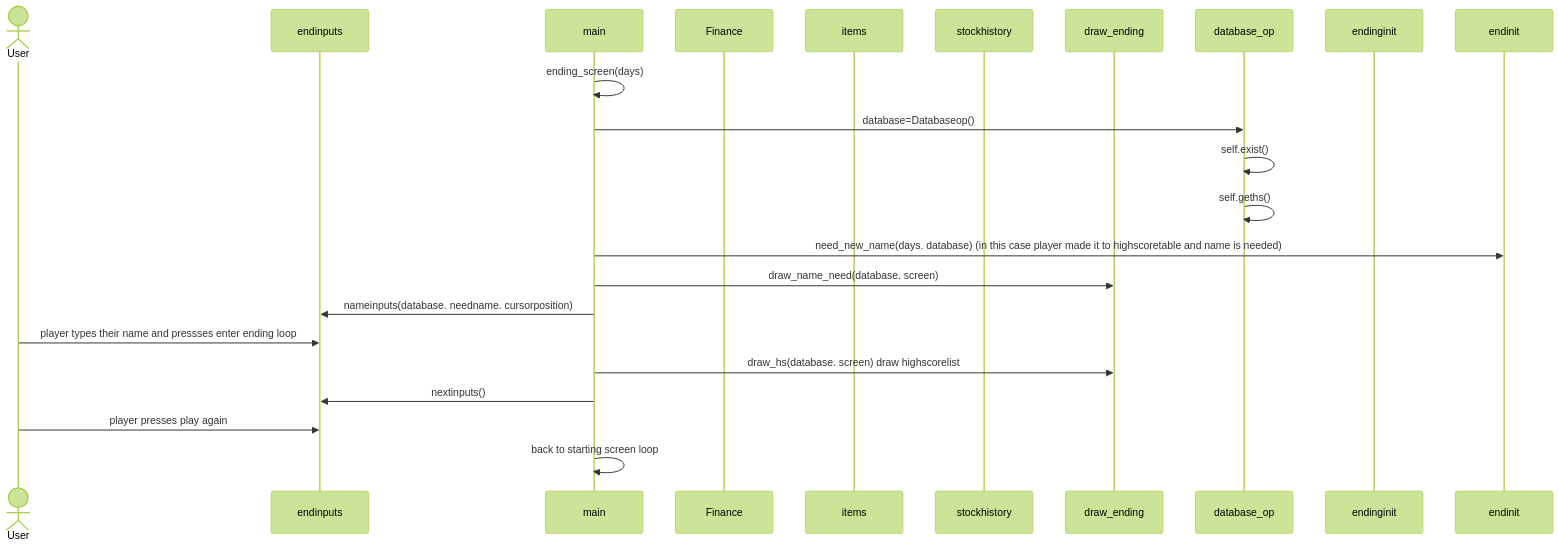
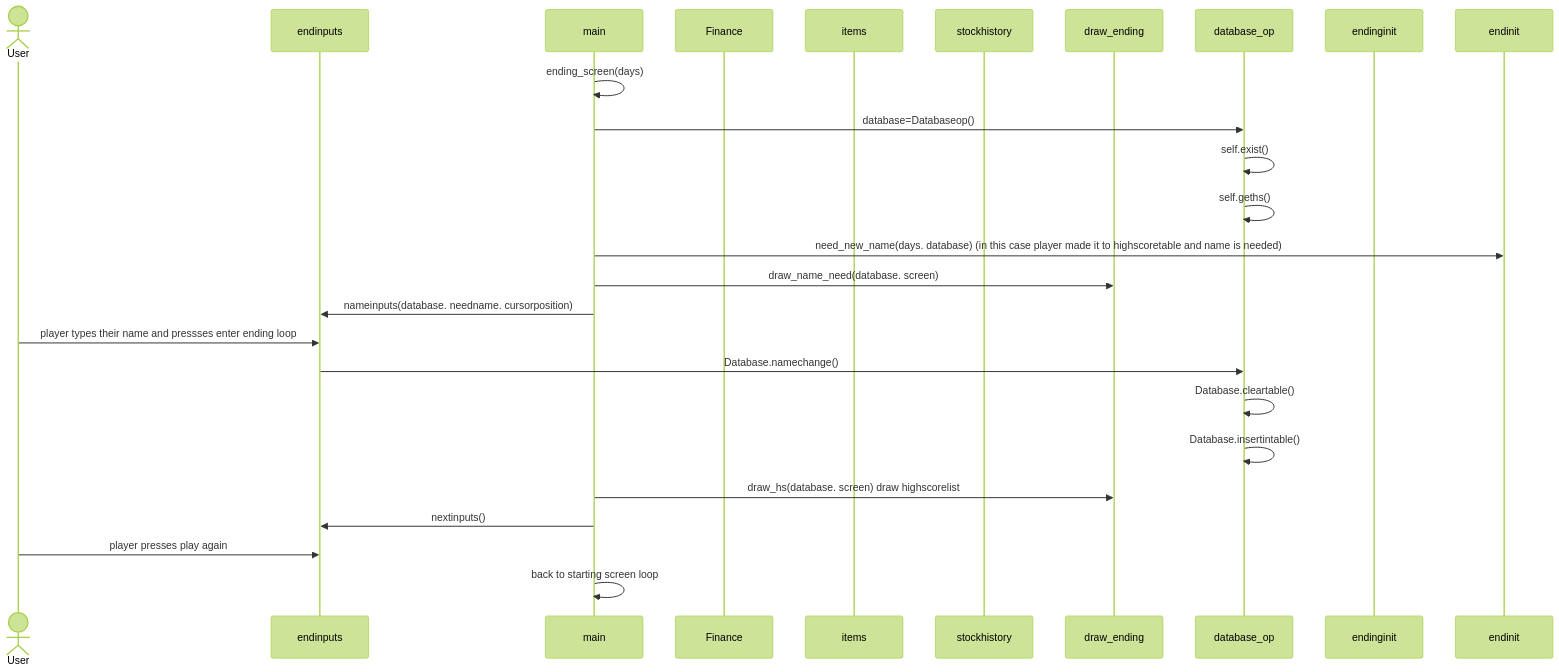
One commit to sepaww/ot-harjoitustyo changed the sixth of 6 diagrams in dokumentaatio/arkkitehtuuri.md. Above: the diagram before and after it, drawn with Mermaid (forest theme).

Commit message:
updated ending screen sequence

````diff
--- a/dokumentaatio/arkkitehtuuri.md
+++ b/dokumentaatio/arkkitehtuuri.md
@@ -274,24 +274,27 @@
   ```mermaid
 sequenceDiagram
   actor User
   participant endinputs
   participant main
   participant Finance
   participant items
   participant stockhistory
   participant draw_ending
   participant database_op
   participant endinginit
   main->>main: ending_screen(days)
   main->>database_op: database=Databaseop()
   database_op->>database_op: self.exist()
   database_op->>database_op: self.geths()
   main->>endinit: need_new_name(days. database) (in this case player made it to highscoretable and name is needed)
   main->>draw_ending: draw_name_need(database. screen)
   main->>endinputs: nameinputs(database. needname. cursorposition)
   User->>endinputs: player types their name and pressses enter ending loop
+  endinputs->>database_op: Database.namechange()
+  database_op->>database_op: Database.cleartable()
+  database_op->>database_op: Database.insertintable()
   main->>draw_ending: draw_hs(database. screen) draw highscorelist
   main->>endinputs: nextinputs()
   User->>endinputs: player presses play again
   main->>main: back to starting screen loop
 ```
````
